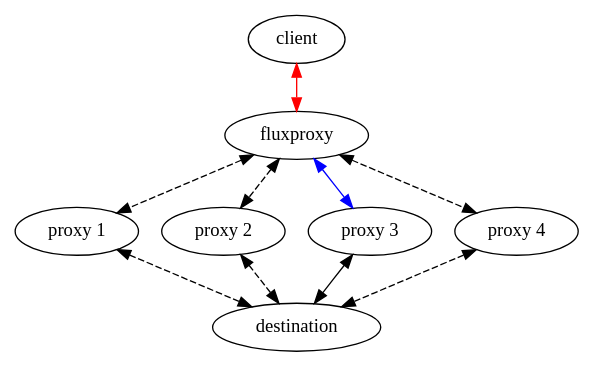
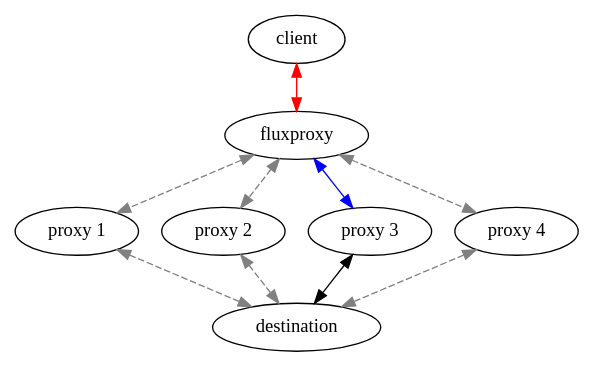
Before and after one commit to miku/httpgetaway: the diagram in static/fluxproxy.dot, drawn with Graphviz. The commit also changed 5 other files, not shown here.

```diff
--- a/static/fluxproxy.dot
+++ b/static/fluxproxy.dot
@@ -1,40 +1,40 @@
 digraph fluxproxy {
     concentrate=true;
     client -> "fluxproxy" [color=red];
     "fluxproxy" -> client [color=red];
 
-    "fluxproxy" -> "proxy 1" [style=dashed];
-    "fluxproxy" -> "proxy 2" [style=dashed];
+    "fluxproxy" -> "proxy 1" [style=dashed color=gray];
+    "fluxproxy" -> "proxy 2" [style=dashed color=gray];
     "fluxproxy" -> "proxy 3" [style=solid color=blue];
-    "fluxproxy" -> "proxy 4" [style=dashed];
+    "fluxproxy" -> "proxy 4" [style=dashed color=gray];
 
-    "proxy 1" -> "fluxproxy" [style=dashed];
-    "proxy 2" -> "fluxproxy" [style=dashed];
+    "proxy 1" -> "fluxproxy" [style=dashed color=gray];
+    "proxy 2" -> "fluxproxy" [style=dashed color=gray];
     "proxy 3" -> "fluxproxy" [style=solid color=blue];
-    "proxy 4" -> "fluxproxy" [style=dashed];
+    "proxy 4" -> "fluxproxy" [style=dashed color=gray];
 
     subgraph {
 
         "proxy 1";
         "proxy 2";
         "proxy 3";
         "proxy 4";
 
         rank = same; "proxy 1", "proxy 2", "proxy 3", "proxy 4";
 
     }
 
     "proxy 3" -> "fluxproxy";
 
-    "proxy 1" -> "destination" [style=dashed];
-    "proxy 2" -> "destination" [style=dashed];
+    "proxy 1" -> "destination" [style=dashed color=gray];
+    "proxy 2" -> "destination" [style=dashed color=gray ];
     "proxy 3" -> "destination" [style=solid];
-    "proxy 4" -> "destination" [style=dashed];
+    "proxy 4" -> "destination" [style=dashed color=gray];
 
-    "destination" -> "proxy 1" [style=dashed];
-    "destination" -> "proxy 2" [style=dashed];
+    "destination" -> "proxy 1" [style=dashed color=gray];
+    "destination" -> "proxy 2" [style=dashed color=gray];
     "destination" -> "proxy 3" [style=solid];
-    "destination" -> "proxy 4" [style=dashed];
+    "destination" -> "proxy 4" [style=dashed color=gray];
 
     "destination" -> "proxy 3";
 }
```
